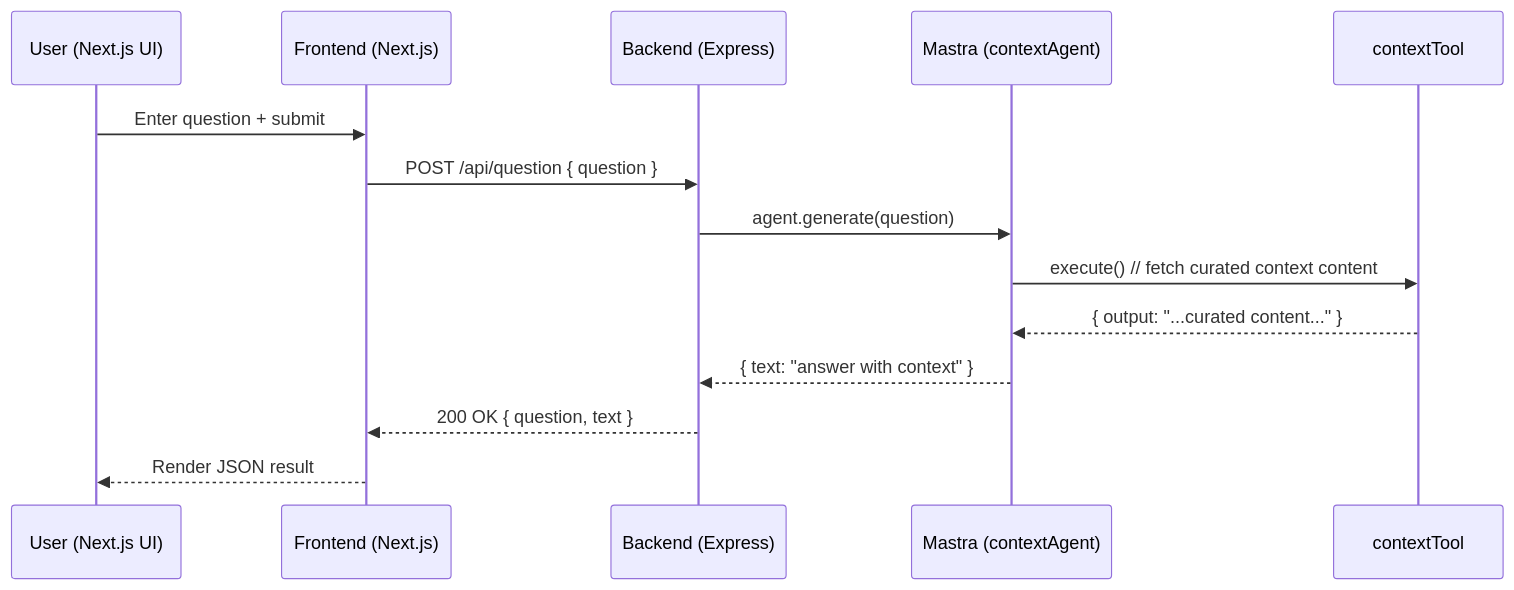
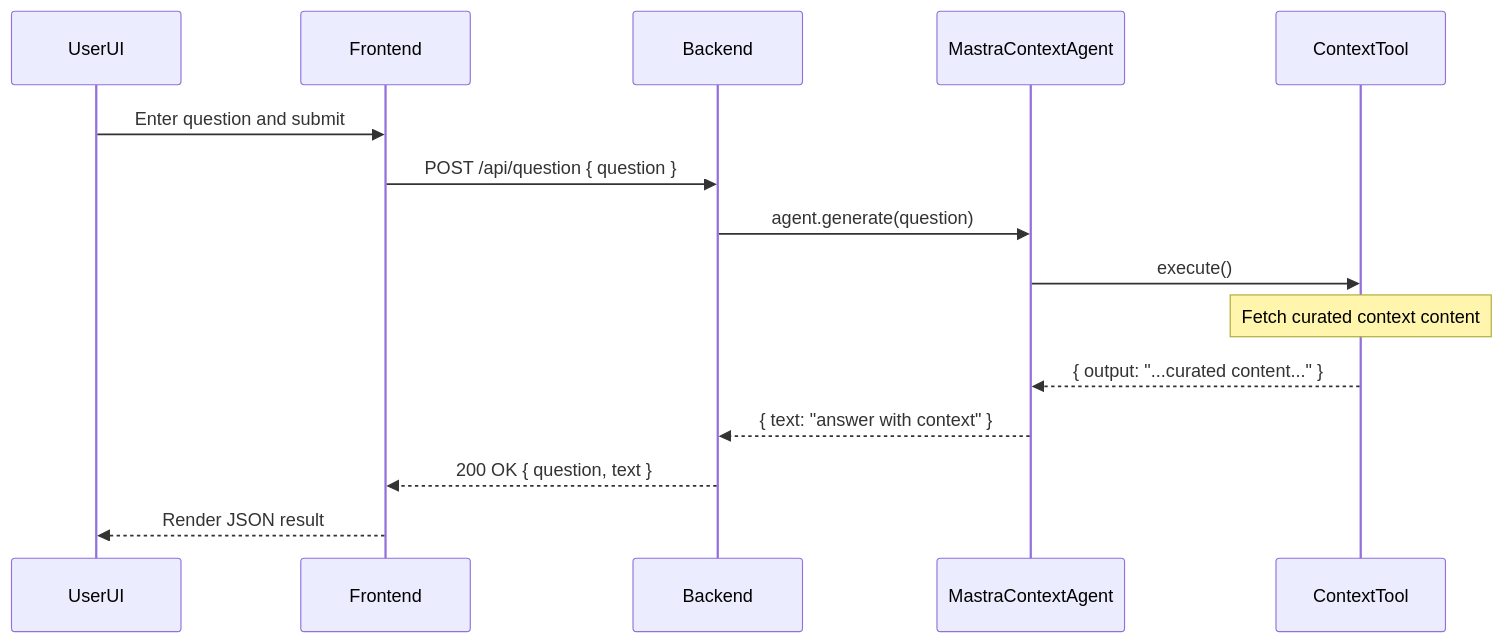
The second of 3 diagrams in README.md (dev-nezuko/mastra-agent-demo-app), drawn with Mermaid before and after one commit. The commit also changed other lines of this file, not shown here.

````diff
--- a/README.md
+++ b/README.md
@@ -50,17 +50,18 @@
 ```mermaid
 sequenceDiagram
-  participant U as User (Next.js UI)
-  participant FE as Frontend (Next.js)
-  participant BE as Backend (Express)
-  participant M as Mastra (contextAgent)
-  participant T as contextTool
+  participant U as UserUI
+  participant FE as Frontend
+  participant BE as Backend
+  participant M as MastraContextAgent
+  participant T as ContextTool
 
-  U->>FE: Enter question + submit
+  U->>FE: Enter question and submit
   FE->>BE: POST /api/question { question }
   BE->>M: agent.generate(question)
-  M->>T: execute() // fetch curated context content
+  M->>T: execute()
+  Note over T: Fetch curated context content
   T-->>M: { output: "...curated content..." }
   M-->>BE: { text: "answer with context" }
   BE-->>FE: 200 OK { question, text }
   FE-->>U: Render JSON result
 ```
````
